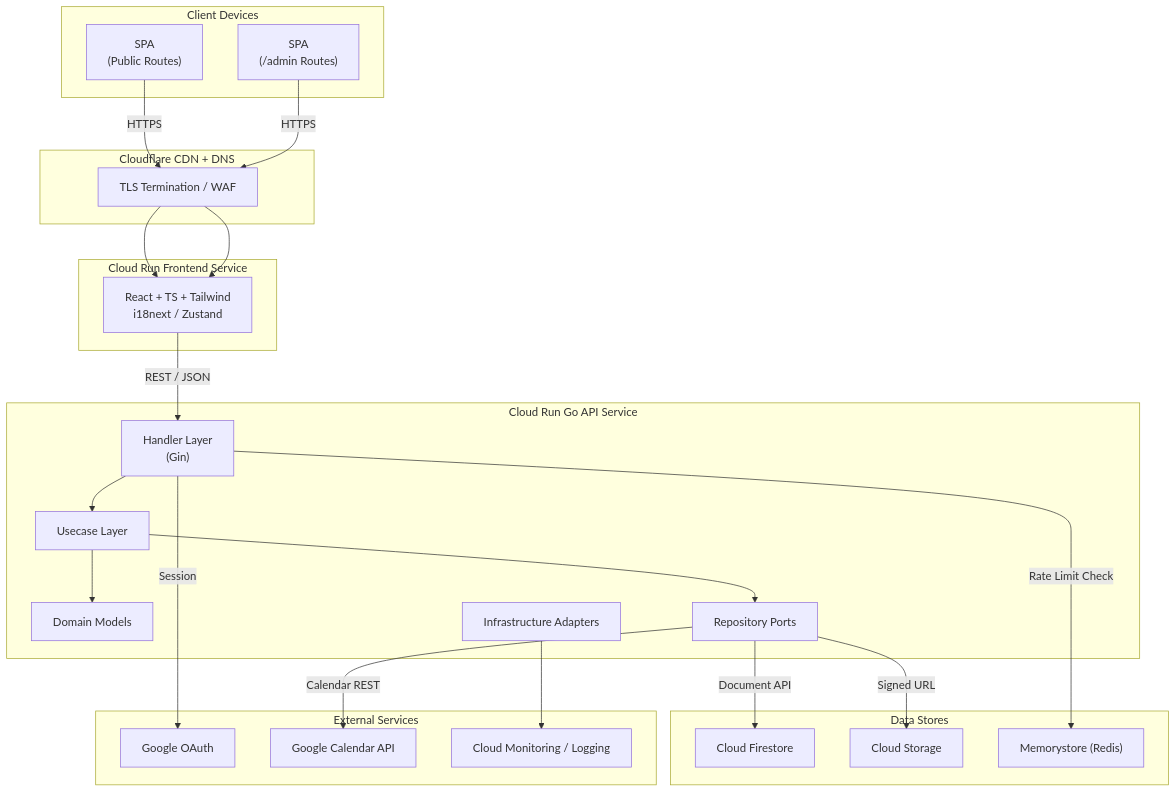
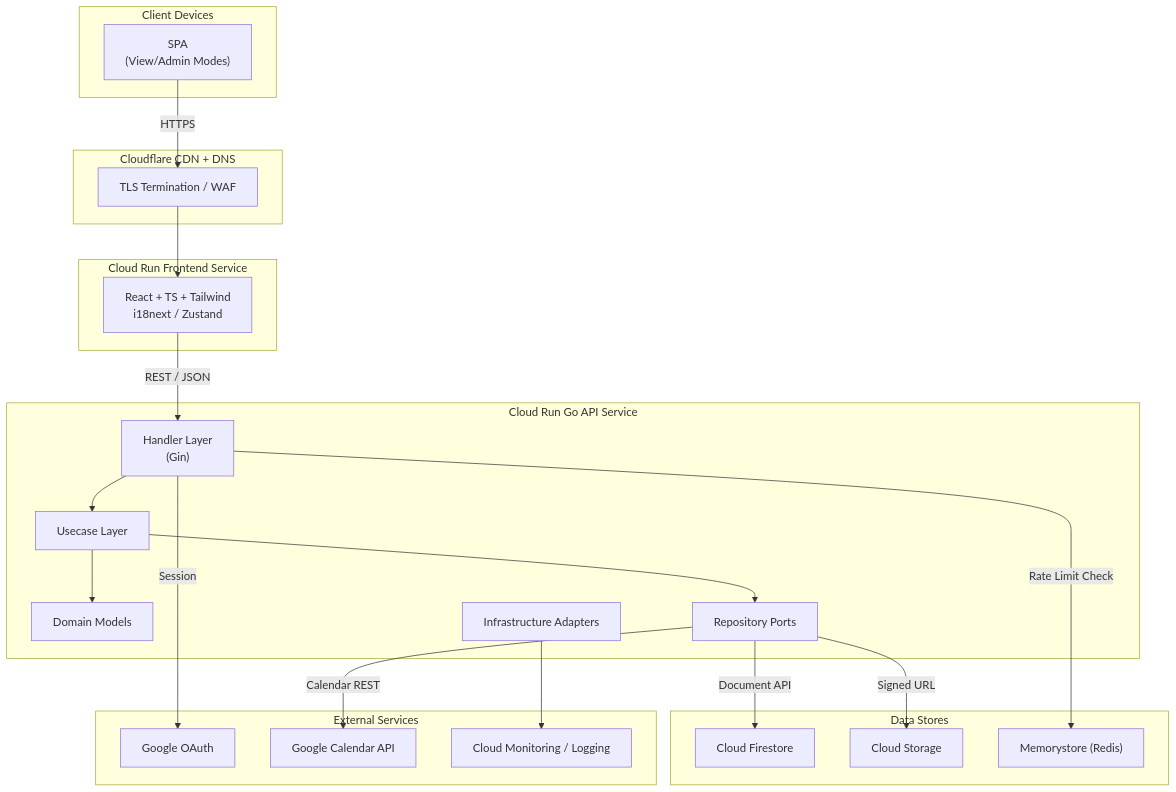
One commit to ttokunaga-jp/personalWebsite changed the first of 3 diagrams in docs/architecture-design.md. Above: the diagram before and after it, drawn with Mermaid. The commit also changed other lines of this file and 82 other files, not shown here.

````diff
--- a/docs/architecture-design.md
+++ b/docs/architecture-design.md
@@ -15,47 +15,45 @@
 ```mermaid
 flowchart TD
     subgraph Client["Client Devices"]
-        Browser["SPA<br/>(Public Routes)"]
-        Admin["SPA<br/>(/admin Routes)"]
+        Browser["SPA<br/>(View/Admin Modes)"]
     end
 
     subgraph CDN["Cloudflare CDN + DNS"]
         TLS["TLS Termination / WAF"]
     end
 
     subgraph FE["Cloud Run Frontend Service"]
         React["React + TS + Tailwind<br/>i18next / Zustand"]
     end
 
     subgraph API["Cloud Run Go API Service"]
         Handler["Handler Layer<br/>(Gin)"]
         Usecase["Usecase Layer"]
         Domain["Domain Models"]
         Repo["Repository Ports"]
         Infra["Infrastructure Adapters"]
     end
 
     subgraph Data["Data Stores"]
         Firestore["Cloud Firestore"]
         Storage["Cloud Storage"]
         Cache["Memorystore (Redis)"]
     end
 
     subgraph External["External Services"]
         GoogleOAuth["Google OAuth"]
         GoogleCalendar["Google Calendar API"]
         Monitoring["Cloud Monitoring / Logging"]
     end
 
     Browser -->|HTTPS| TLS --> React
-    Admin -->|HTTPS| TLS --> React
     React -->|REST / JSON| Handler
     Handler --> Usecase --> Domain
     Usecase --> Repo
     Repo -->|Document API| Firestore
     Repo -->|Signed URL| Storage
     Repo -->|Calendar REST| GoogleCalendar
     Handler -->|Session| GoogleOAuth
     Handler -->|Rate Limit Check| Cache
     Infra --> Monitoring
 ```
````
